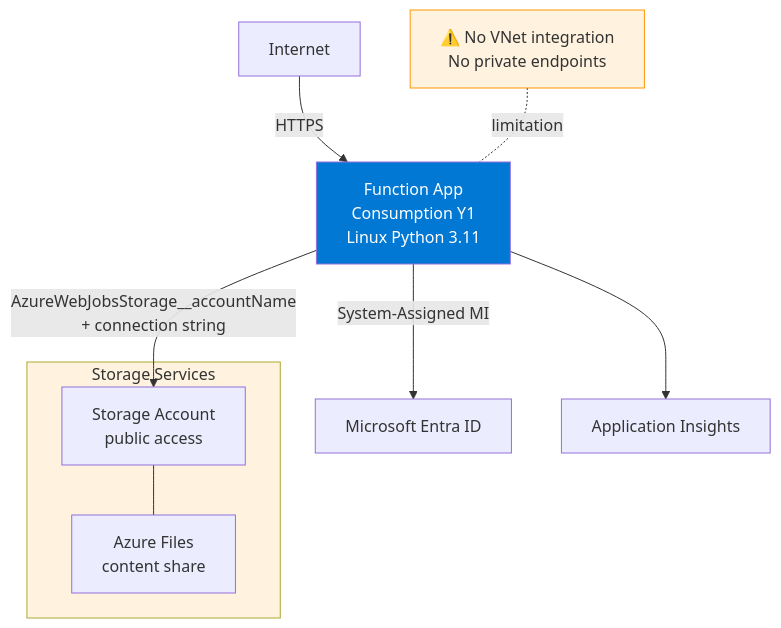
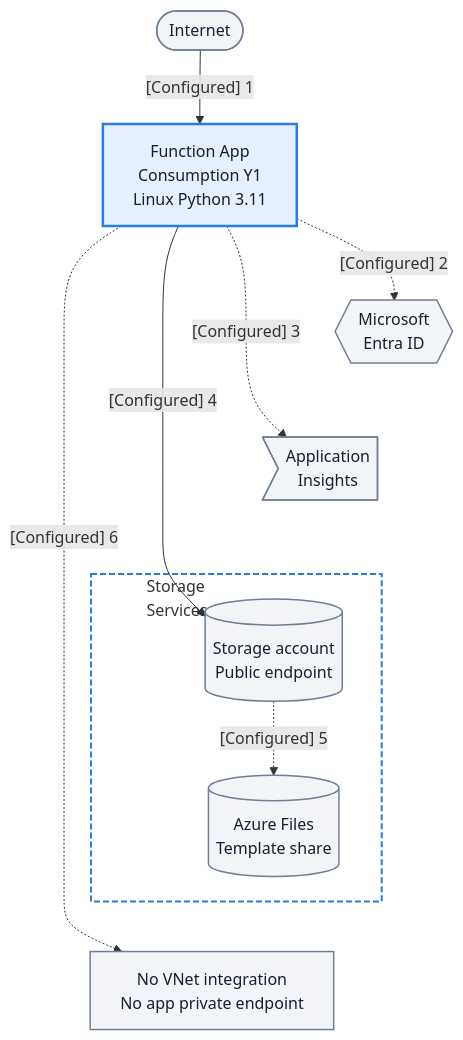
One commit to yeongseon/azure-functions-practical-guide changed the first of 2 diagrams in docs/language-guides/python/tutorial/consumption/05-infrastructure-as-code.md. Above: the diagram before and after it, drawn with Mermaid. The commit also changed other lines of this file and 4 other files, not shown here.

First line of the commit message:
docs(diagrams): improve Python infrastructure tutorial figures (#546)

````diff
--- a/docs/language-guides/python/tutorial/consumption/05-infrastructure-as-code.md
+++ b/docs/language-guides/python/tutorial/consumption/05-infrastructure-as-code.md
@@ -60,18 +67,25 @@
 ```mermaid
 flowchart TD
-    INET[Internet] -->|HTTPS| FA[Function App\nConsumption Y1\nLinux Python 3.11]
-
-    FA -->|System-Assigned MI| ENTRA[Microsoft Entra ID]
-    FA -->|"AzureWebJobsStorage__accountName\n+ connection string"| ST[Storage Account\npublic access]
-    FA --> AI[Application Insights]
-
-    subgraph STORAGE[Storage Services]
-        ST --- FS[Azure Files\ncontent share]
+    accTitle: Python Linux Consumption Y1 infrastructure topology
+    accDescr: The Python 3.11 tutorial configuration uses public app and storage endpoints, system-assigned identity and Application Insights. Host-storage identity and the template's Files connection settings are distinct. Identity is a logical association, not a direct Entra network hop; this is not deployment evidence or a runtime-version recommendation.
+    INET([Internet]) -->|"[Configured] 1"| FA["Function App<br/>Consumption Y1<br/>Linux Python 3.11"]
+    FA -.->|"[Configured] 2"| ENTRA{{"Microsoft<br/>Entra ID"}}
+    FA -.->|"[Configured] 3"| AI>"Application<br/>Insights"]
+    FA -->|"[Configured] 4"| ST[("Storage account<br/>Public endpoint")]
+    subgraph STORAGE["<div style='width:180px;text-align:left'>Storage<br/>Services</div>"]
+        ST
+        FS[("Azure Files<br/>Template share")]
     end
-
-    NO_VNET["⚠️ No VNet integration\nNo private endpoints"] -. limitation .- FA
-
-    style FA fill:#0078d4,color:#fff
-    style NO_VNET fill:#FFF3E0,stroke:#FF9800
-    style STORAGE fill:#FFF3E0
+    ST -.->|"[Configured] 5"| FS
+    FA -.->|"[Configured] 6"| NO_VNET["No VNet integration<br/>No app private endpoint"]
+    %% Layout-only tiers; add no network hops, dependencies or visible arrows.
+    ENTRA ~~~ AI
+    AI ~~~ ST
+    FS ~~~ NO_VNET
+    classDef baseNeutral fill:#f2f4f8,stroke:#707e93,stroke-width:1.5px,color:#14202e;
+    classDef focusActive fill:#e6f0fd,stroke:#287ce4,stroke-width:2.5px,color:#14202e;
+    classDef netBox fill:transparent,stroke:#287ce4,stroke-width:2px,stroke-dasharray:6 3;
+    class INET,ENTRA,AI,ST,FS,NO_VNET baseNeutral;
+    class FA focusActive;
+    class STORAGE netBox;
 ```
````
